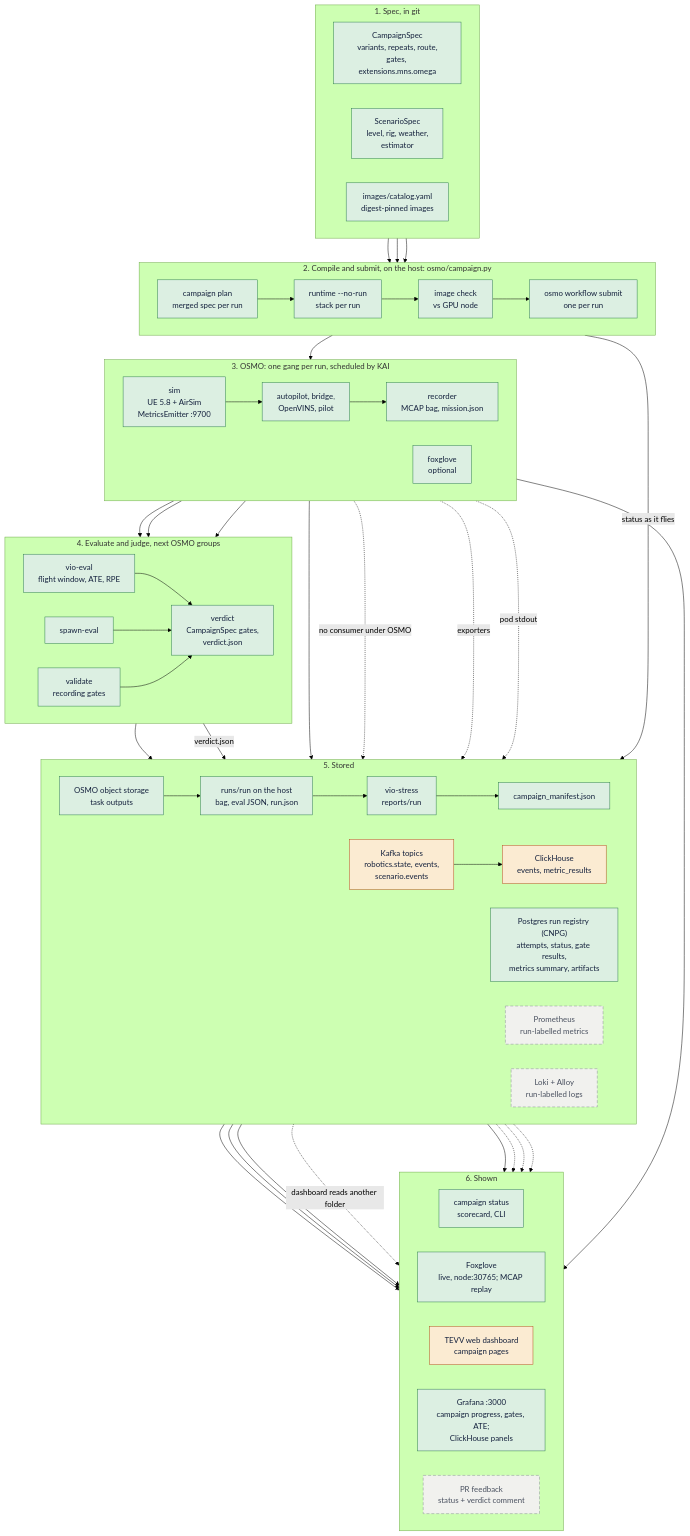
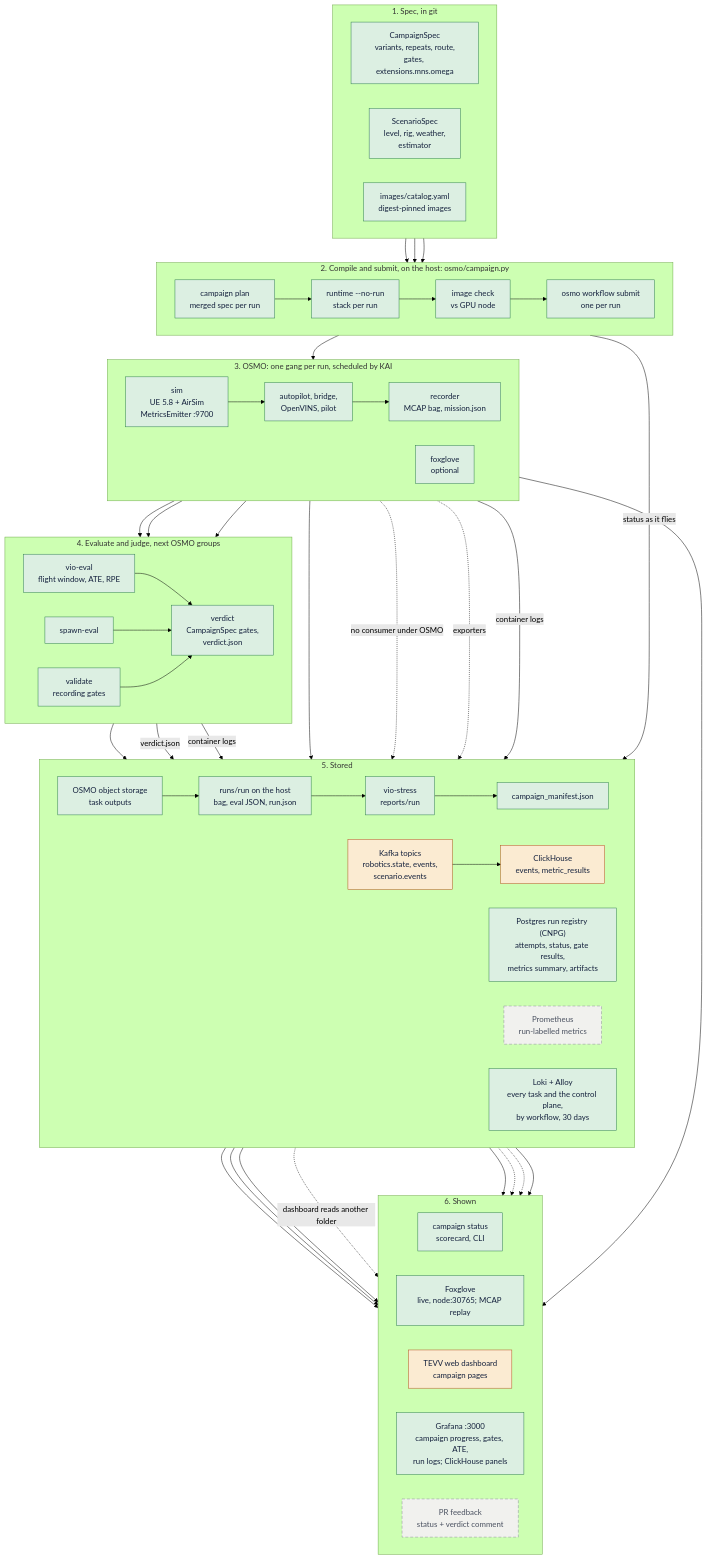
Before and after one commit to DinoHub/M-S-Simulation-Runtime-Stack: the diagram in docs/diagrams/campaign-to-metrics.mermaid, drawn with Mermaid (forest theme). The commit also changed 12 other files, not shown here.

```diff
--- a/docs/diagrams/campaign-to-metrics.mermaid
+++ b/docs/diagrams/campaign-to-metrics.mermaid
@@ -1,99 +1,100 @@
 %% TEVV: from a CampaignSpec, through OSMO, to evaluation, to metrics stored and shown.
-%% State as of 25 Sept 2026 (run registry built). Three states, by style:
+%% State as of 25 Sept 2026 (run registry, Loki and Alloy built). Three states, by style:
 %%   built       green, solid  - runs today in the OSMO flow (PR #91)
 %%   exists      amber, solid  - built and running elsewhere, not connected to OSMO runs
 %%   target      grey, dashed  - designed (autonomy-tevv-architecture), not built
 %% Render: npx -y @mermaid-js/mermaid-cli -i campaign-to-metrics.mermaid -o campaign-to-metrics.png -w 2400 -b white
 %%   (add -p with {"args":["--no-sandbox"]} if Chromium reports no usable sandbox)
 flowchart TB
   subgraph SPEC["1. Spec, in git"]
     direction LR
     CS["CampaignSpec<br/>variants, repeats, route,<br/>gates, extensions.mns.omega"]
     SS["ScenarioSpec<br/>level, rig, weather,<br/>estimator"]
     CAT["images/catalog.yaml<br/>digest-pinned images"]
   end
 
   subgraph COMPILE["2. Compile and submit, on the host: osmo/campaign.py"]
     direction LR
     PLAN["campaign plan<br/>merged spec per run"]
     GEN["runtime --no-run<br/>stack per run"]
     IMG["image check<br/>vs GPU node"]
     SUB["osmo workflow submit<br/>one per run"]
     PLAN --> GEN --> IMG --> SUB
   end
 
   subgraph RUNG["3. OSMO: one gang per run, scheduled by KAI"]
     direction LR
     SIM["sim<br/>UE 5.8 + AirSim<br/>MetricsEmitter :9700"]
     STACK["autopilot, bridge,<br/>OpenVINS, pilot"]
     REC["recorder<br/>MCAP bag, mission.json"]
     FOXT["foxglove<br/>optional"]
     SIM --> STACK --> REC
   end
 
   subgraph EVALG["4. Evaluate and judge, next OSMO groups"]
     direction LR
     VE["vio-eval<br/>flight window, ATE, RPE"]
     SE["spawn-eval"]
     VA["validate<br/>recording gates"]
     VD["verdict<br/>CampaignSpec gates,<br/>verdict.json"]
     VE --> VD
     SE --> VD
     VA --> VD
   end
 
   subgraph STORE["5. Stored"]
     direction LR
     S3["OSMO object storage<br/>task outputs"]
     BUN["runs/run on the host<br/>bag, eval JSON, run.json"]
     REP["vio-stress<br/>reports/run"]
     MAN["campaign_manifest.json"]
     KAF["Kafka topics<br/>robotics.state, events,<br/>scenario.events"]
     CH["ClickHouse<br/>events, metric_results"]
     REG["Postgres run registry (CNPG)<br/>attempts, status, gate results,<br/>metrics summary, artifacts"]
     PROM["Prometheus<br/>run-labelled metrics"]
-    LOKI["Loki + Alloy<br/>run-labelled logs"]
+    LOKI["Loki + Alloy<br/>every task and the control plane,<br/>by workflow, 30 days"]
     S3 --> BUN --> REP --> MAN
     KAF --> CH
   end
 
   subgraph SHOW["6. Shown"]
     direction LR
     STAT["campaign status<br/>scorecard, CLI"]
     FOXV["Foxglove<br/>live, node:30765; MCAP replay"]
     DASH["TEVV web dashboard<br/>campaign pages"]
-    GRAF["Grafana :3000<br/>campaign progress, gates, ATE;<br/>ClickHouse panels"]
+    GRAF["Grafana :3000<br/>campaign progress, gates, ATE,<br/>run logs; ClickHouse panels"]
     PRF["PR feedback<br/>status + verdict comment"]
   end
 
   CS --> PLAN
   SS --> PLAN
   CAT --> IMG
   SUB --> SIM
   REC --> VE
   REC --> SE
   REC --> VA
   REC --> S3
   VD --> S3
   MAN --> STAT
   FOXT --> FOXV
 
   SIM -.->|"no consumer under OSMO"| KAF
   CH --> GRAF
   CH --> DASH
   MAN -.->|"dashboard reads another folder"| DASH
   SUB -->|"status as it flies"| REG
   VD -->|"verdict.json"| REG
   REG --> GRAF
   REG -.-> PRF
   STACK -.->|exporters| PROM
   PROM -.-> GRAF
-  RUNG -.->|"pod stdout"| LOKI
-  LOKI -.-> GRAF
+  RUNG -->|"container logs"| LOKI
+  EVALG -->|"container logs"| LOKI
+  LOKI --> GRAF
 
   classDef built fill:#DCEFE2,stroke:#2E7D4F,color:#14213D
   classDef exists fill:#FBEBD2,stroke:#B4501E,color:#14213D
   classDef target fill:#F1F1EE,stroke:#8A8F99,color:#4A5160,stroke-dasharray:6 4
-  class CS,SS,CAT,PLAN,GEN,IMG,SUB,SIM,STACK,REC,FOXT,VE,SE,VA,VD,S3,BUN,REP,MAN,STAT,FOXV,REG,GRAF built
+  class CS,SS,CAT,PLAN,GEN,IMG,SUB,SIM,STACK,REC,FOXT,VE,SE,VA,VD,S3,BUN,REP,MAN,STAT,FOXV,REG,GRAF,LOKI built
   class KAF,CH,DASH exists
-  class PROM,LOKI,PRF target
+  class PROM,PRF target
```
